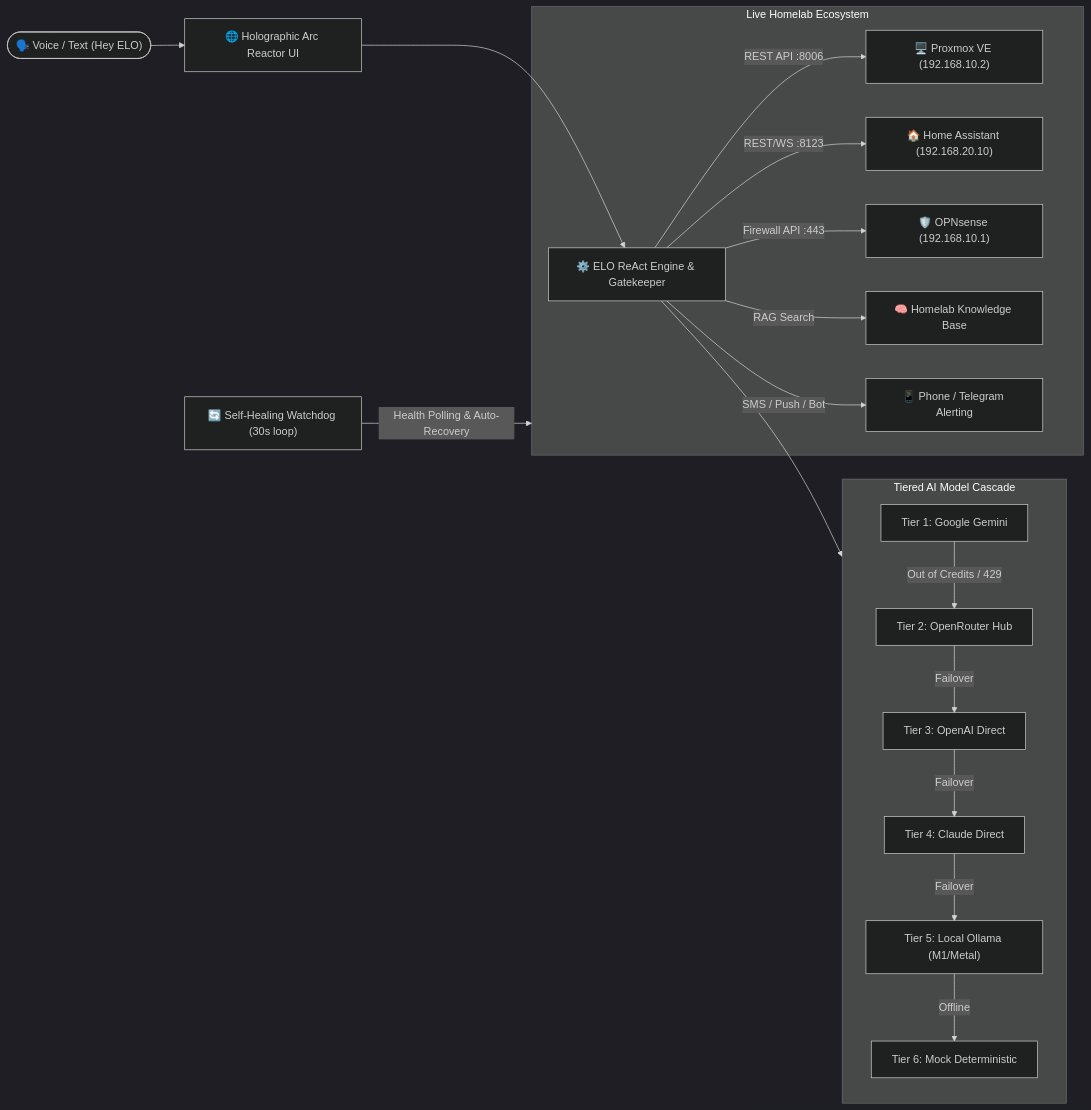
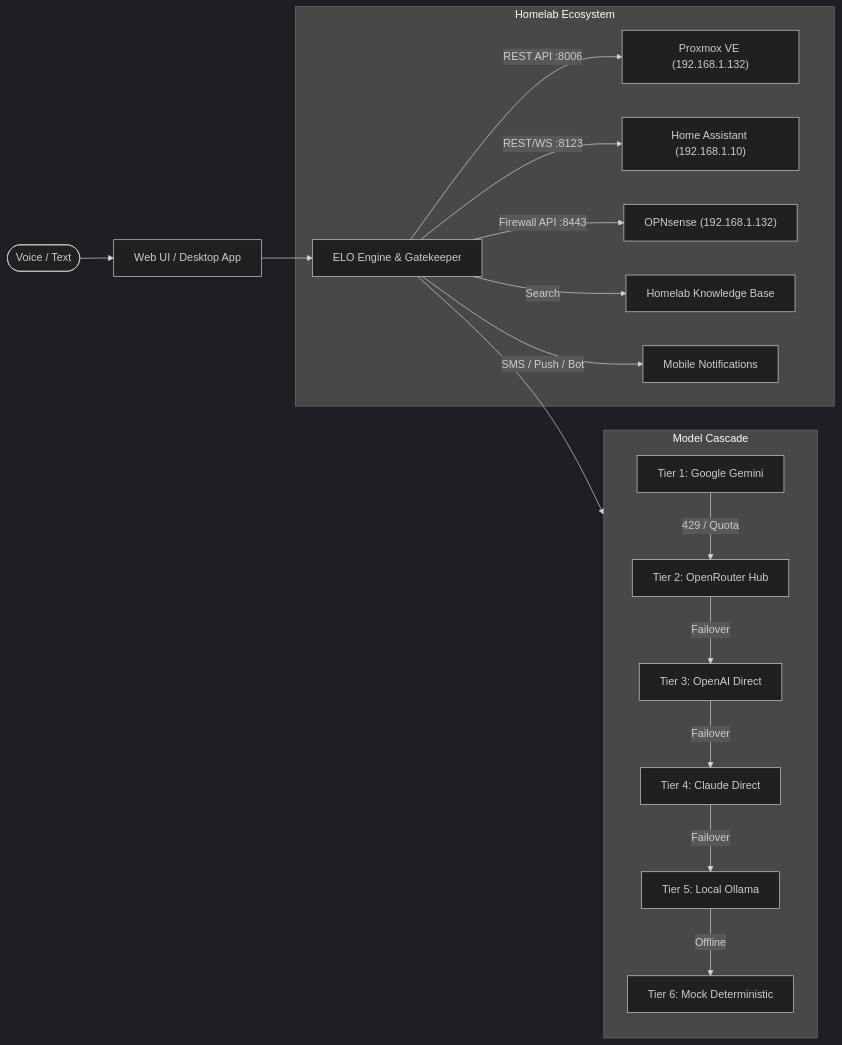
The first of 2 diagrams in README.md (stefanutc1/datacenter), drawn with Mermaid (dark theme) before and after one commit. The commit also changed other lines of this file and 6 other files, not shown here.

````diff
--- a/README.md
+++ b/README.md
@@ -39,25 +39,24 @@
 ```mermaid
 flowchart LR
-    User(["🗣️ Voice / Text (Hey ELO)"]) --> WebUI["🌐 Holographic Arc Reactor UI"]
-    WebUI --> Engine["⚙️ ELO ReAct Engine & Gatekeeper"]
+    User(["Voice / Text"]) --> WebUI["Web UI / Desktop App"]
+    WebUI --> Engine["ELO Engine & Gatekeeper"]
     
-    subgraph Cascade["Tiered AI Model Cascade"]
-        G["Tier 1: Google Gemini"] -->|Out of Credits / 429| OR["Tier 2: OpenRouter Hub"]
+    subgraph Cascade["Model Cascade"]
+        G["Tier 1: Google Gemini"] -->|429 / Quota| OR["Tier 2: OpenRouter Hub"]
         OR -->|Failover| OAI["Tier 3: OpenAI Direct"]
         OAI -->|Failover| CL["Tier 4: Claude Direct"]
-        CL -->|Failover| OL["Tier 5: Local Ollama (M1/Metal)"]
+        CL -->|Failover| OL["Tier 5: Local Ollama"]
         OL -->|Offline| M["Tier 6: Mock Deterministic"]
     end
     
     Engine --> Cascade
     
-    subgraph Integrations["Live Homelab Ecosystem"]
-        Engine -->|REST API :8006| PVE["🖥️ Proxmox VE (192.168.10.2)"]
-        Engine -->|REST/WS :8123| HASS["🏠 Home Assistant (192.168.20.10)"]
-        Engine -->|Firewall API :443| OPN["🛡️ OPNsense (192.168.10.1)"]
-        Engine -->|RAG Search| RAG["🧠 Homelab Knowledge Base"]
-        Engine -->|SMS / Push / Bot| Phone["📱 Phone / Telegram Alerting"]
+    subgraph Integrations["Homelab Ecosystem"]
+        Engine -->|REST API :8006| PVE["Proxmox VE (192.168.1.132)"]
+        Engine -->|REST/WS :8123| HASS["Home Assistant (192.168.1.10)"]
+        Engine -->|Firewall API :8443| OPN["OPNsense (192.168.1.132)"]
+        Engine -->|Search| RAG["Homelab Knowledge Base"]
+        Engine -->|SMS / Push / Bot| Phone["Mobile Notifications"]
     end
     
-    Watchdog["🔄 Self-Healing Watchdog (30s loop)"] -->|Health Polling & Auto-Recovery| Integrations
 ```
````
